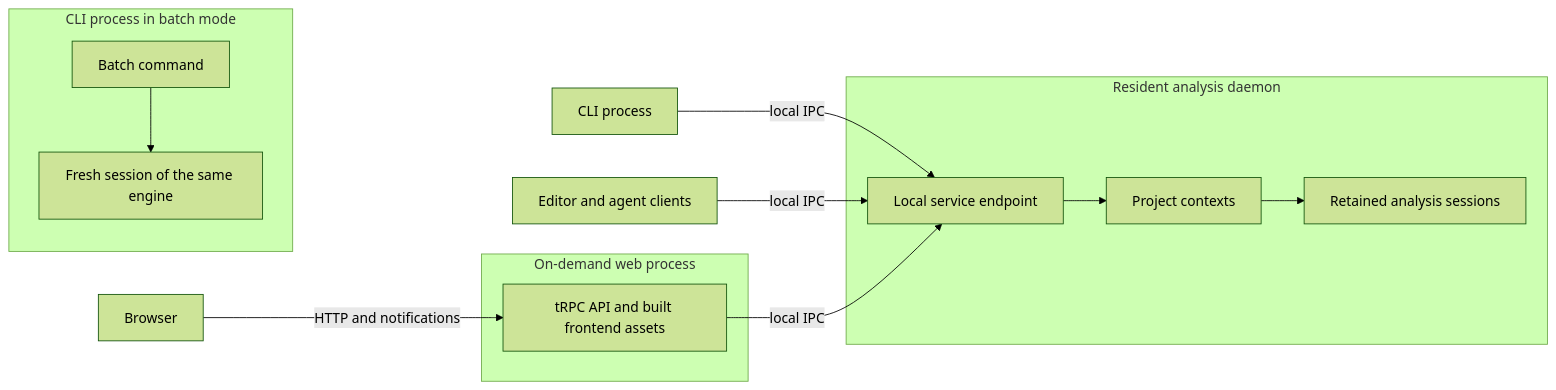
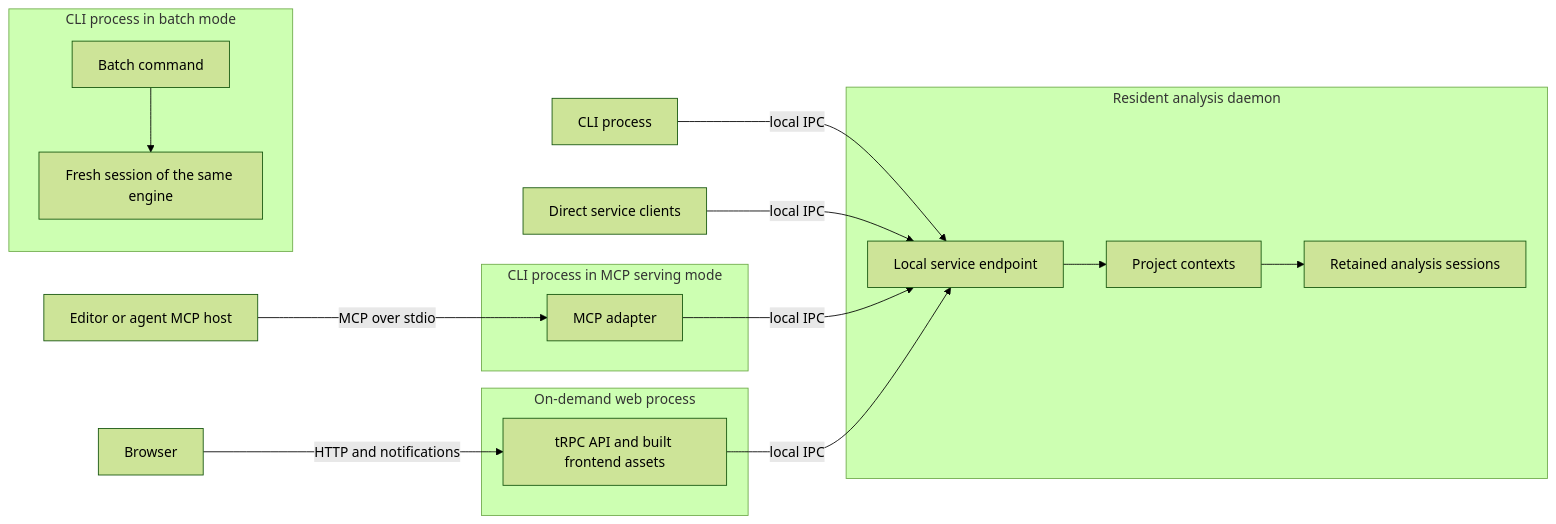
Before and after one commit to danmaz74/ramify: the diagram in docs/architecture/processes-and-clients.md, drawn with Mermaid (forest theme). The commit also changed other lines of this file and 7 other files, not shown here.

First line of the commit message:
docs(ramify): MCP as a lazily loaded root child; architecture and tooling plan revisions

````diff
--- a/docs/architecture/processes-and-clients.md
+++ b/docs/architecture/processes-and-clients.md
@@ -13,17 +15,22 @@
 ```mermaid
 flowchart LR
   CLI[CLI process] -->|local IPC| API
-  Editors[Editor and agent clients] -->|local IPC| API
+  Native[Direct service clients] -->|local IPC| API
+  Host[Editor or agent MCP host] -->|MCP over stdio| MCP
+  subgraph McpProcess[CLI process in MCP serving mode]
+    MCP[MCP adapter]
+  end
+  MCP -->|local IPC| API
   Browser[Browser] -->|HTTP and notifications| Web
   subgraph WebProcess[On-demand web process]
     Web[tRPC API and built frontend assets]
   end
   Web -->|local IPC| API
   subgraph DaemonProcess[Resident analysis daemon]
     API[Local service endpoint] --> Contexts[Project contexts]
     Contexts --> Engine[Retained analysis sessions]
   end
   subgraph BatchProcess[CLI process in batch mode]
     Batch[Batch command] --> Fresh[Fresh session of the same engine]
   end
 ```
````
